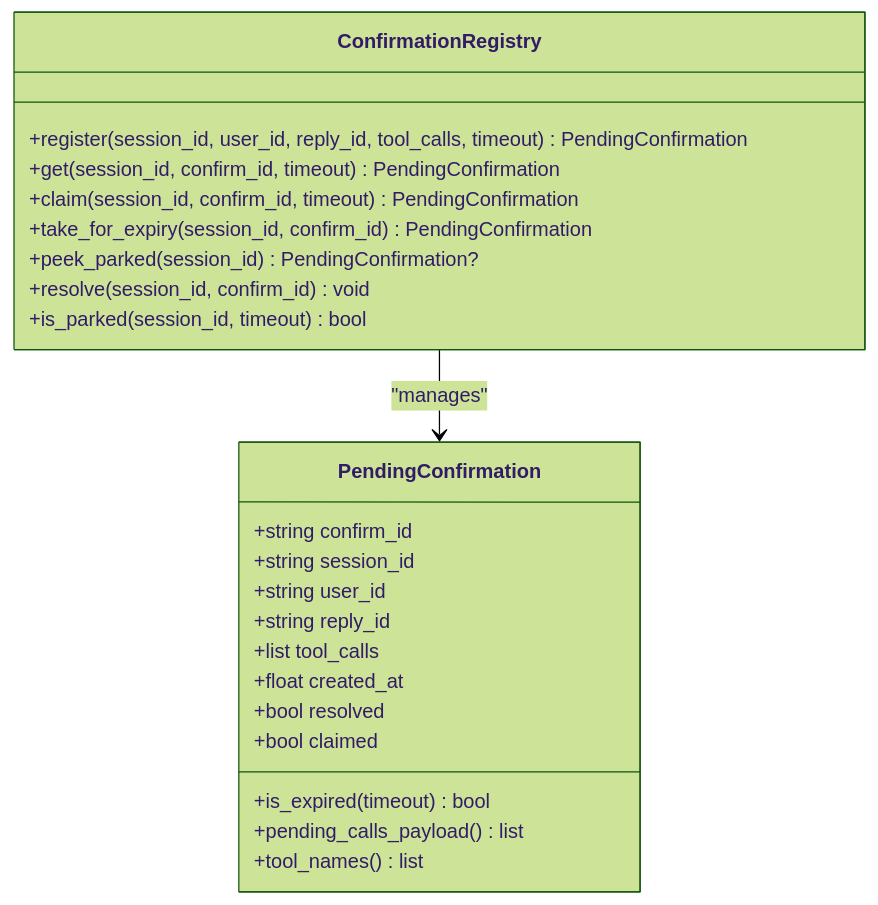
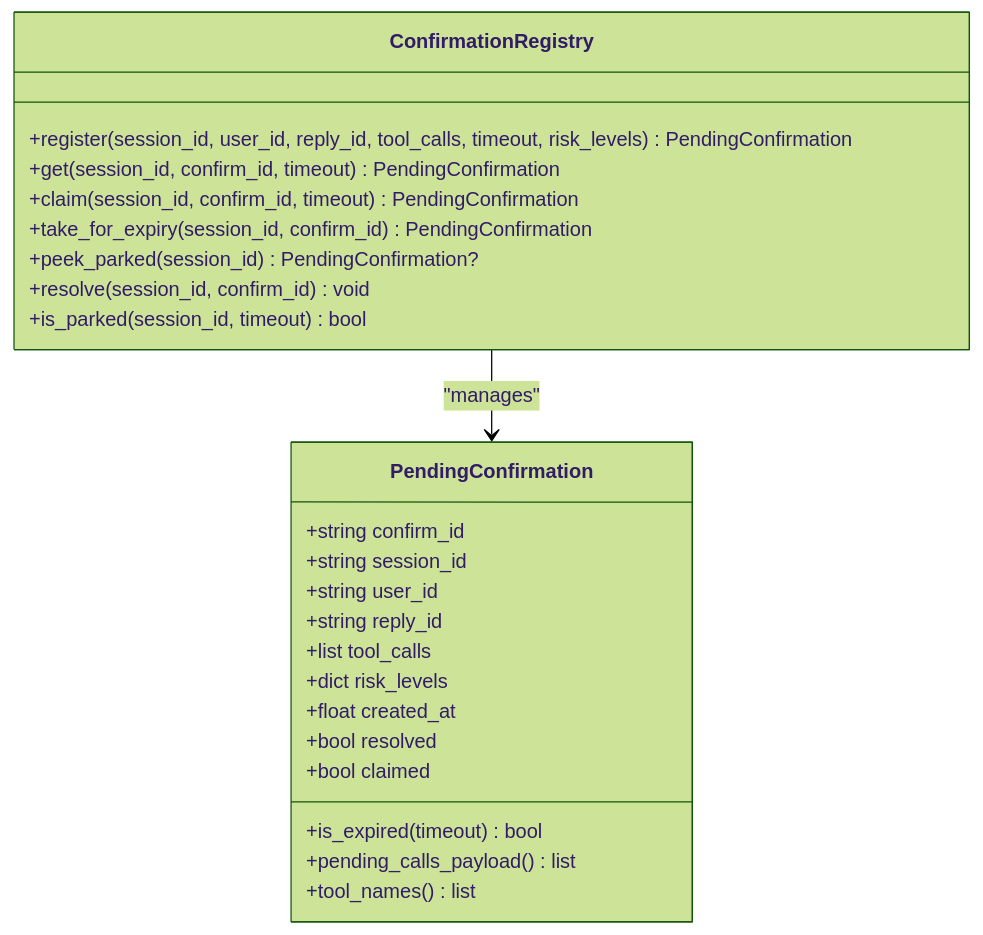
Before and after one commit to metasync/luban-aiops: the third of 9 diagrams in .qoder/repowiki/en/content/Agent Platform Service/HITL Confirmation Bridging (SPEC-020).md, drawn with Mermaid (forest theme). The commit also changed other lines of this file and 43 other files, not shown here.

````diff
--- a/.qoder/repowiki/en/content/Agent Platform Service/HITL Confirmation Bridging (SPEC-020).md
+++ b/.qoder/repowiki/en/content/Agent Platform Service/HITL Confirmation Bridging (SPEC-020).md
@@ -164,26 +194,27 @@
 ```mermaid
 classDiagram
 class PendingConfirmation {
 +string confirm_id
 +string session_id
 +string user_id
 +string reply_id
 +list tool_calls
++dict risk_levels
 +float created_at
 +bool resolved
 +bool claimed
 +is_expired(timeout) bool
 +pending_calls_payload() list
 +tool_names() list
 }
 class ConfirmationRegistry {
-+register(session_id, user_id, reply_id, tool_calls, timeout) PendingConfirmation
++register(session_id, user_id, reply_id, tool_calls, timeout, risk_levels) PendingConfirmation
 +get(session_id, confirm_id, timeout) PendingConfirmation
 +claim(session_id, confirm_id, timeout) PendingConfirmation
 +take_for_expiry(session_id, confirm_id) PendingConfirmation
 +peek_parked(session_id) PendingConfirmation?
 +resolve(session_id, confirm_id) void
 +is_parked(session_id, timeout) bool
 }
 ConfirmationRegistry --> PendingConfirmation : "manages"
 ```
````
